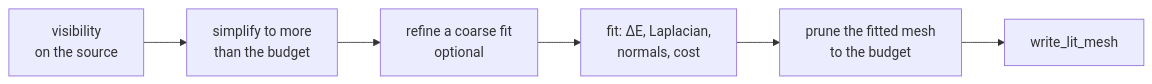
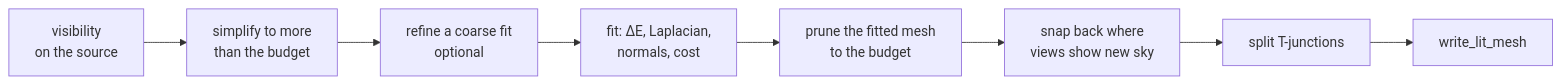
One commit to jose-villegas/autana changed the first of 2 diagrams in docs/render/offline/Appearance-Fit.md. Above: the diagram before and after it, drawn with Mermaid. The commit also changed other lines of this file and 7 other files, not shown here.

First line of the commit message:
r3d fit: after the fit, snap back where the views show sky the start did not, then split T-junctions (97lo4)

````diff
--- a/docs/render/offline/Appearance-Fit.md
+++ b/docs/render/offline/Appearance-Fit.md
@@ -45,8 +45,10 @@
 ```mermaid
 flowchart LR
     V[visibility<br/>on the source] --> S[simplify to more<br/>than the budget]
     S --> R[refine a coarse fit<br/>optional]
     R --> F[fit: ΔE, Laplacian,<br/>normals, cost]
     F --> P[prune the fitted mesh<br/>to the budget]
-    P --> W[write_lit_mesh]
+    P --> B[snap back where<br/>views show new sky]
+    B --> T[split T-junctions]
+    T --> W[write_lit_mesh]
 ```
````
